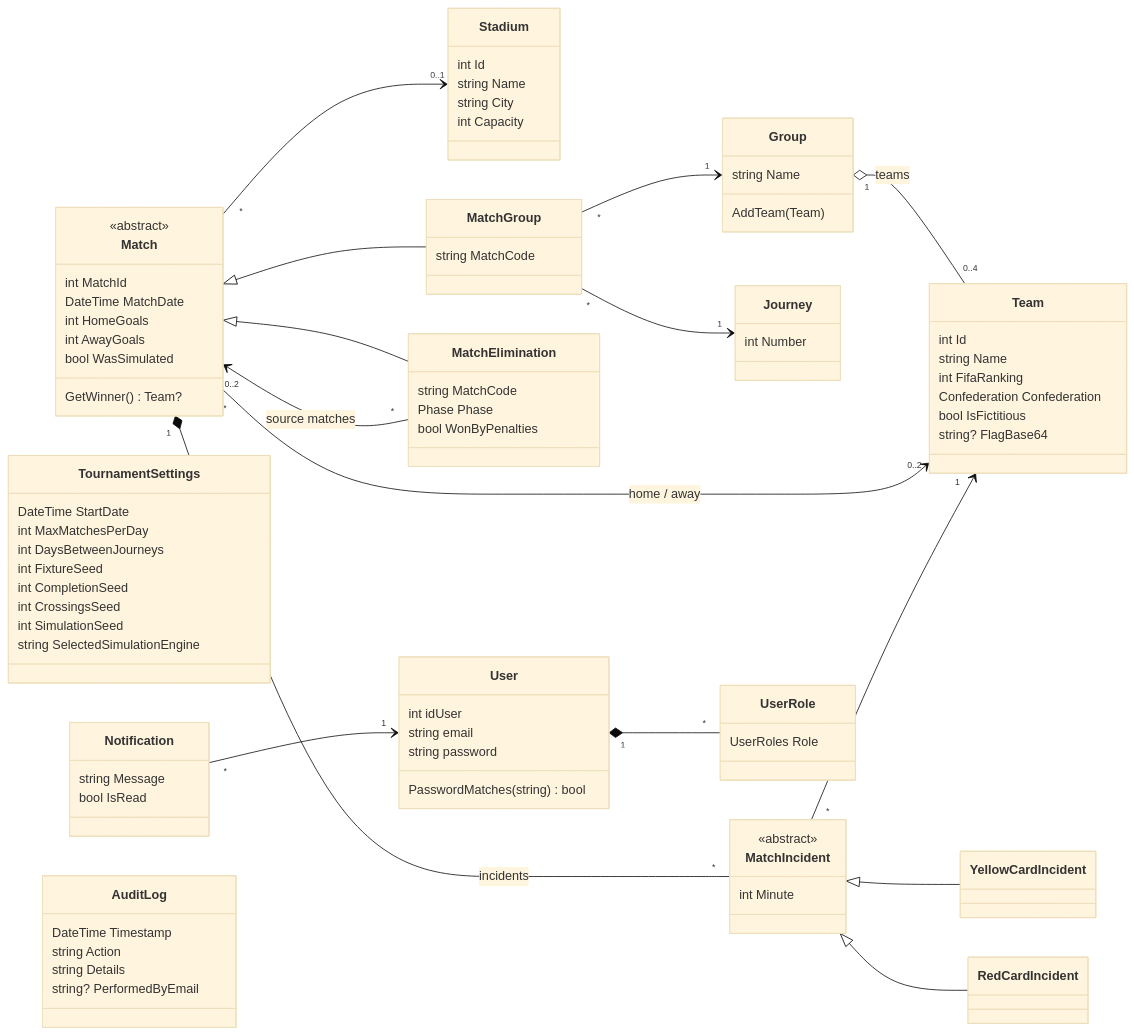
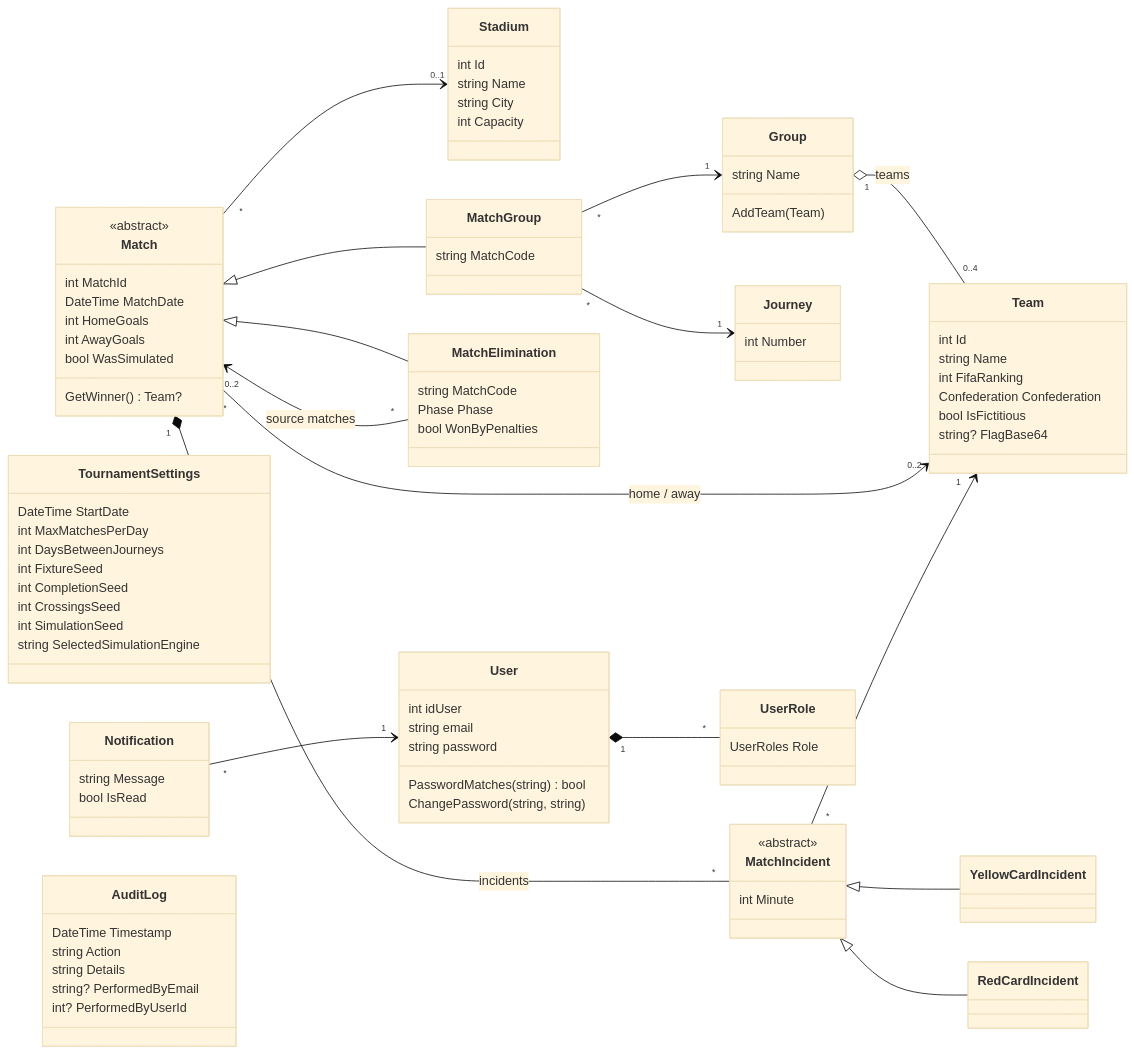
One commit to manuelgcn/worldcup-planner changed the second of 2 diagrams in docs/architecture.md. Above: the diagram before and after it, drawn with Mermaid (base theme). The commit also changed other lines of this file and 4 other files, not shown here.

First line of the commit message:
docs: bring TODO, README, AGENTS, architecture and SECURITY in line with the merged lanes

```diff
--- a/docs/architecture.md
+++ b/docs/architecture.md
@@ -81,6 +85,7 @@
         string email
         string password
         PasswordMatches(string) bool
+        ChangePassword(string, string)
     }
     class UserRole {
         UserRoles Role
@@ -94,6 +99,7 @@
         string Action
         string Details
         string? PerformedByEmail
+        int? PerformedByUserId
     }
 
     Group "1" o-- "0..4" Team : teams
```
